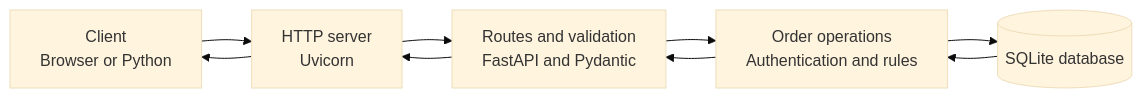
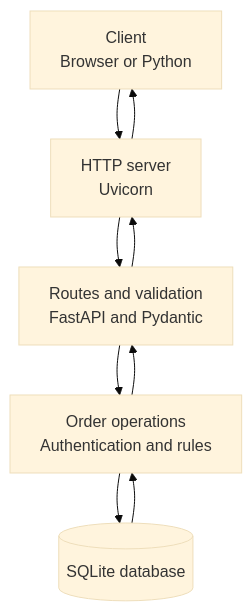
Before and after one commit to alikhawaja/training-plans: the fifth of 10 diagrams in rest-apis/training-guide.md, drawn with Mermaid (base theme). The commit also changed other lines of this file and 1 other file, not shown here.

Commit message:
Improve REST workshop diagram readability

````diff
--- a/rest-apis/training-guide.md
+++ b/rest-apis/training-guide.md
@@ -234,11 +242,11 @@
 ```mermaid
-flowchart LR
+flowchart TB
     C["Client<br/>Browser or Python"] --> U["HTTP server<br/>Uvicorn"]
     U --> R["Routes and validation<br/>FastAPI and Pydantic"]
     R --> B["Order operations<br/>Authentication and rules"]
     B --> D[("SQLite database")]
     D --> B
     B --> R
     R --> U
     U --> C
 ```
````
